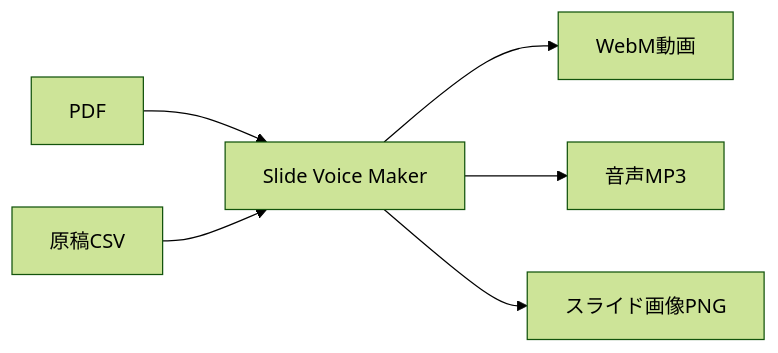
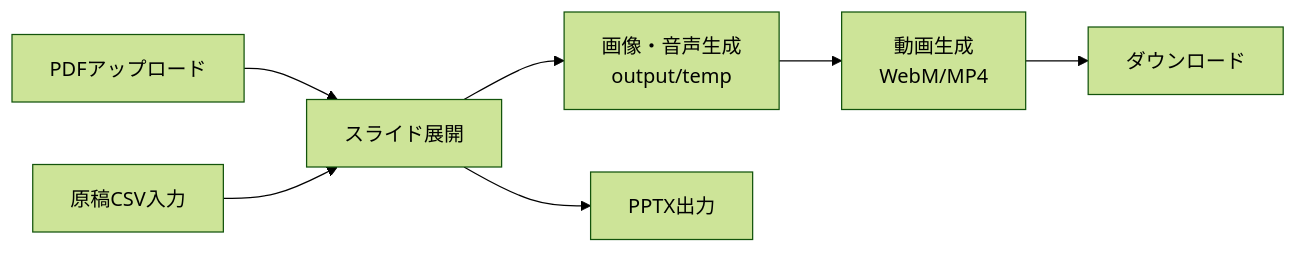
One commit to J1921604/Slide-MyVoice-Maker changed the diagram in README.md. Above: the diagram before and after it, drawn with Mermaid (forest theme). The commit also changed other lines of this file and 11 other files, not shown here.

````diff
--- a/README.md
+++ b/README.md
@@ -11,8 +11,9 @@
 ```mermaid
 flowchart LR
-    A[PDF] --> B[Slide Voice Maker]
-    C[原稿CSV] --> B
-    B --> D[WebM動画]
-    B --> E[音声MP3]
-    B --> F[スライド画像PNG]
+    A[PDFアップロード] --> B[スライド展開]
+    C[原稿CSV入力] --> B
+    B --> D[画像・音声生成<br/>output/temp]
+    D --> E[動画生成<br/>WebM/MP4]
+    E --> F[ダウンロード]
+    B --> G[PPTX出力]
 ```
````
